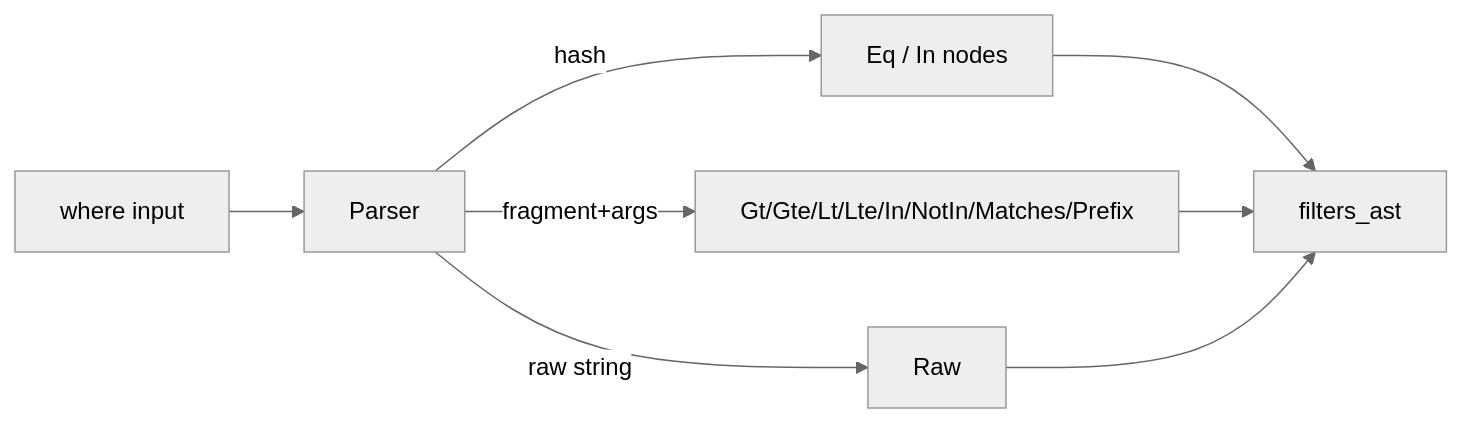
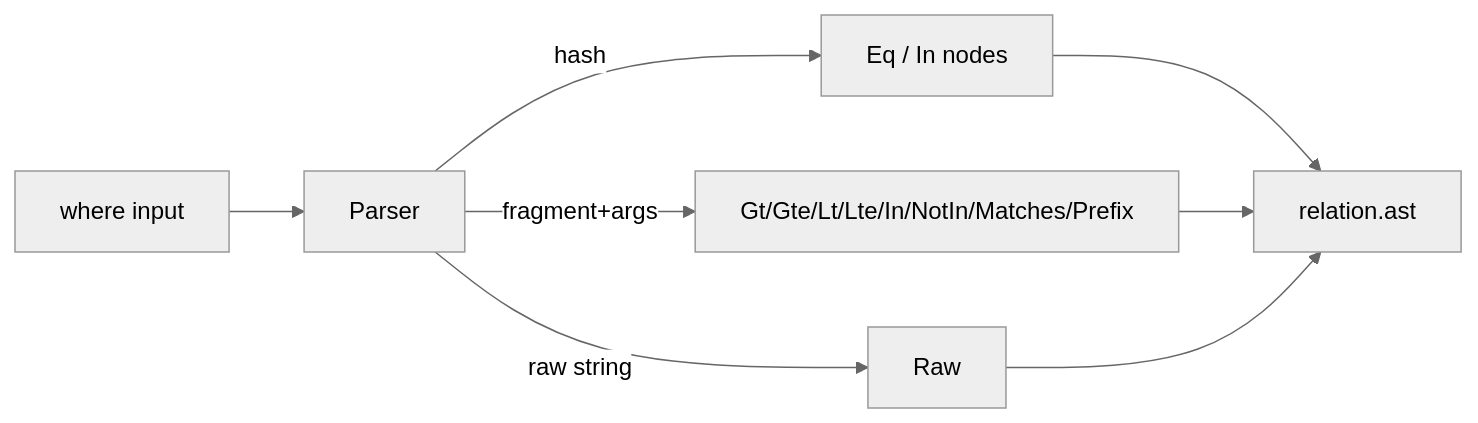
Before and after one commit to lstpsche/typesense-search-engine: the second of 2 diagrams in docs/query_dsl.md, drawn with Mermaid (neutral theme). The commit also changed other lines of this file and 6 other files, not shown here.

First line of the commit message:
feat(relation): store AST in Relation and compile via Compiler

````diff
--- a/docs/query_dsl.md
+++ b/docs/query_dsl.md
@@ -102,10 +102,10 @@
 ```mermaid
 flowchart LR
   A[where input] --> B[Parser]
   B -->|hash| C[Eq / In nodes]
   B -->|fragment+args| D[Gt/Gte/Lt/Lte/In/NotIn/Matches/Prefix]
   B -->|raw string| E[Raw]
-  C --> F[filters_ast]
-  D --> F[filters_ast]
-  E --> F[filters_ast]
+  C --> F[relation.ast]
+  D --> F[relation.ast]
+  E --> F[relation.ast]
 ```
````
